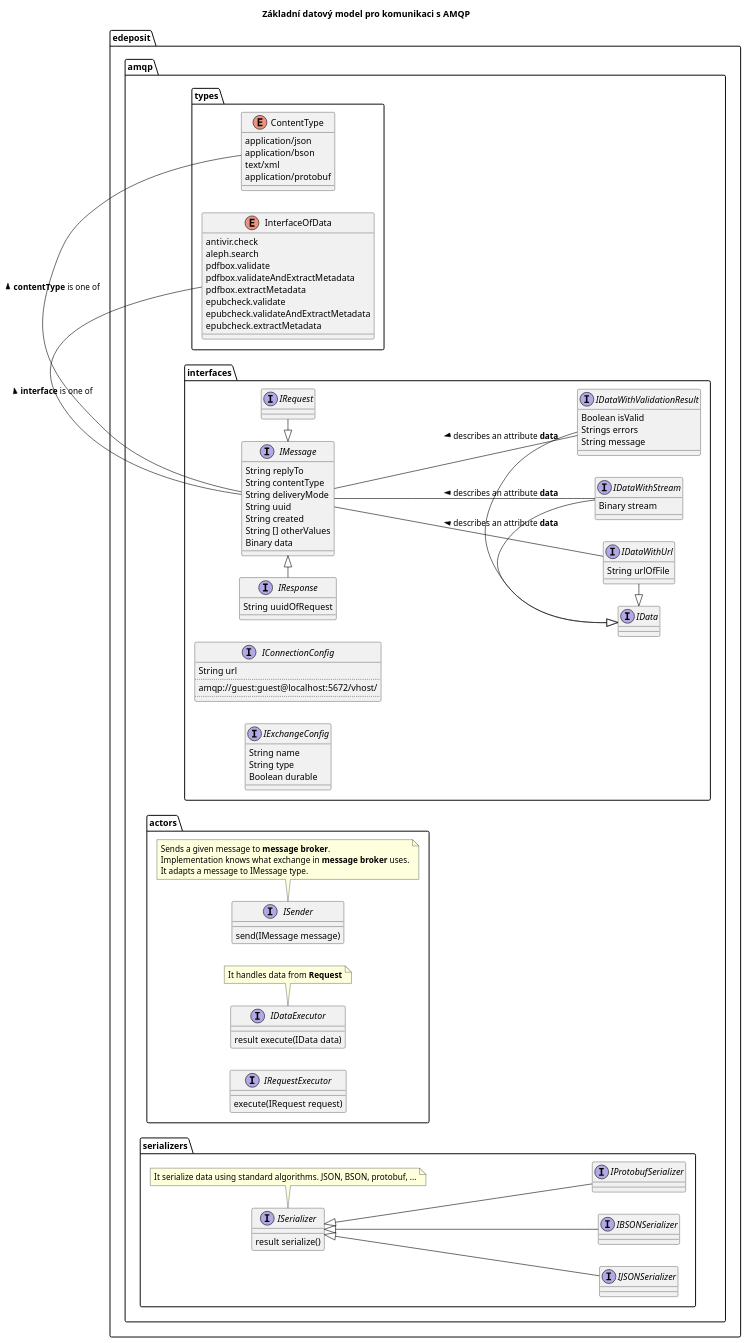
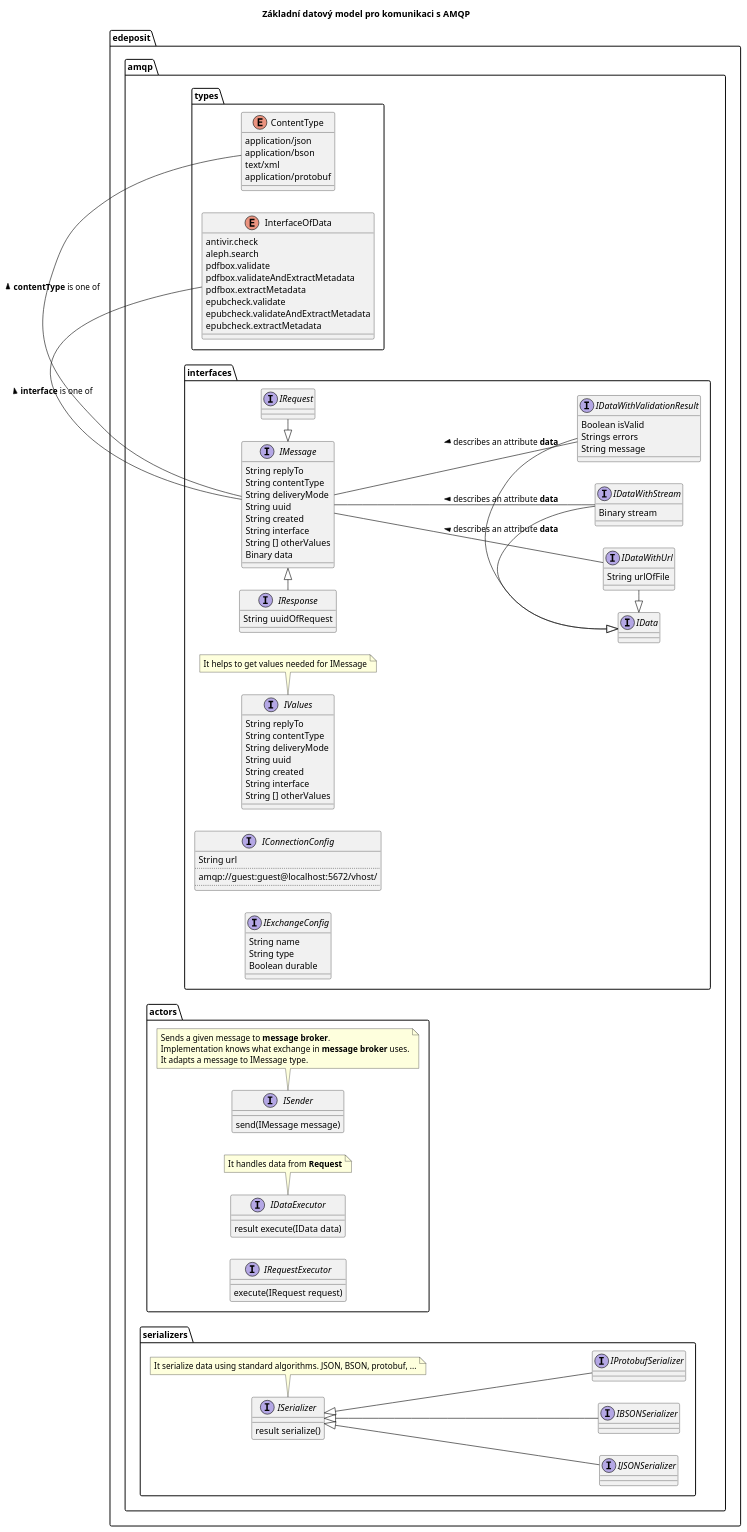
The diagram in docs/middleware/dm00.plantuml (edeposit/edeposit), drawn with PlantUML before and after one commit. The commit also changed 1 other file, not shown here.

```diff
--- a/docs/middleware/dm00.plantuml
+++ b/docs/middleware/dm00.plantuml
@@ -1,136 +1,150 @@
 @startuml
 skinparam componentStyle uml2
 left to right direction
 title Základní datový model pro komunikaci s AMQP
 
 package edeposit.amqp.types {
 enum ContentType {
      application/json
      application/bson
      text/xml
      application/protobuf
 }
 
 enum InterfaceOfData {
      antivir.check
      aleph.search
      pdfbox.validate
      pdfbox.validateAndExtractMetadata
      pdfbox.extractMetadata
      epubcheck.validate
      epubcheck.validateAndExtractMetadata
      epubcheck.extractMetadata
 }
 }
 
 
 package edeposit.amqp.interfaces {
 Interface IConnectionConfig {
       String url
       ..
       amqp://guest:guest@localhost:5672/vhost/      
       ..
 }
 
 Interface IExchangeConfig {
       String name
       String type
       Boolean durable
 }
 
 Interface IMessage {
       String replyTo
       String contentType
       String deliveryMode
       String uuid
       String created
+      String interface
       String [] otherValues
       Binary data
 }
 
 interface IRequest {
 }
 
 interface IResponse {
       String uuidOfRequest
 }
 
 IMessage <|-right- IRequest
 IMessage <|-left- IResponse
         
         interface IData {
         }       
 
         interface IDataWithUrl {
               String urlOfFile
         }
 
         interface IDataWithStream {
               Binary stream
         }
 
         interface IDataWithValidationResult {
                   Boolean isValid
                   Strings errors
                   String message
         }
 
         IData <|-right- IDataWithUrl
         IData <|-right- IDataWithStream
         IData <|-right- IDataWithValidationResult
+
+        interface IValues {
+              String replyTo
+              String contentType
+              String deliveryMode
+              String uuid
+              String created
+              String interface
+              String [] otherValues
+        }
+        note bottom
+        It helps to get values needed for IMessage
+        end note
 }
 
 
 IMessage -- IDataWithUrl : < describes an attribute <b>data</b>
 IMessage -- IDataWithStream : < describes an attribute <b>data</b>
 IMessage -left- ContentType : <b>contentType</b> is one of >
 IMessage -left- InterfaceOfData : <b>interface</b> is one of >
 
 IMessage -- IDataWithValidationResult : < describes an attribute <b>data</b>
 
 package edeposit.amqp.actors {
         interface ISender {
                 send(IMessage message)                            
         }
         note bottom
         Sends a given message to <b>message broker</b>. 
         Implementation knows what exchange in <b>message broker</b> uses.
         It adapts a message to IMessage type.
         end note
         
         interface IDataExecutor {
                   result execute(IData data)
         }
         note bottom
         It handles data from <b>Request</b>
         end note
 
         interface IRequestExecutor {
                   execute(IRequest request)                  
         }
 }
 
 package edeposit.amqp.serializers {
         interface ISerializer {
                   result serialize()
         }
         note bottom
         It serialize data using standard algorithms. JSON, BSON, protobuf, ...
         end note
 
         interface IJSONSerializer {
         }       
 
         interface IBSONSerializer {
         }       
 
         interface IProtobufSerializer {
         }       
         
         ISerializer <|-- IJSONSerializer
         ISerializer <|-- IBSONSerializer
         ISerializer <|-- IProtobufSerializer
 }        
         
 
 @enduml
```
